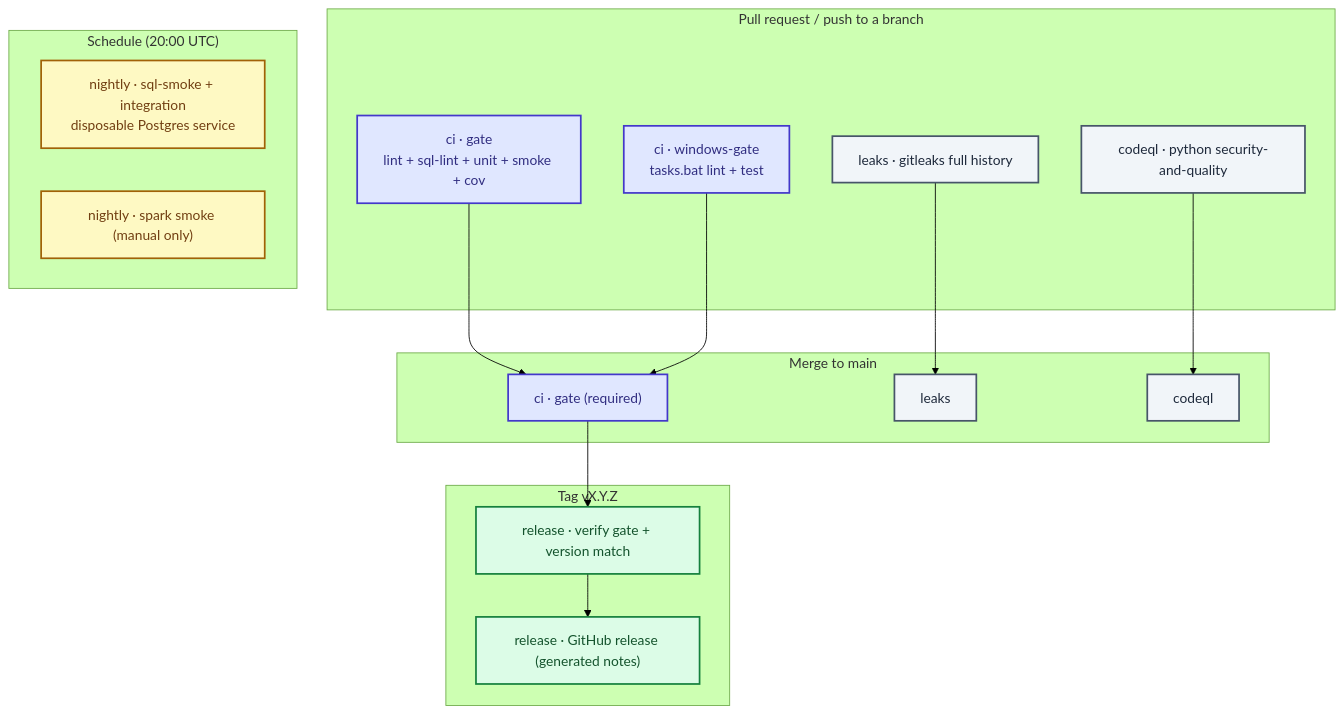
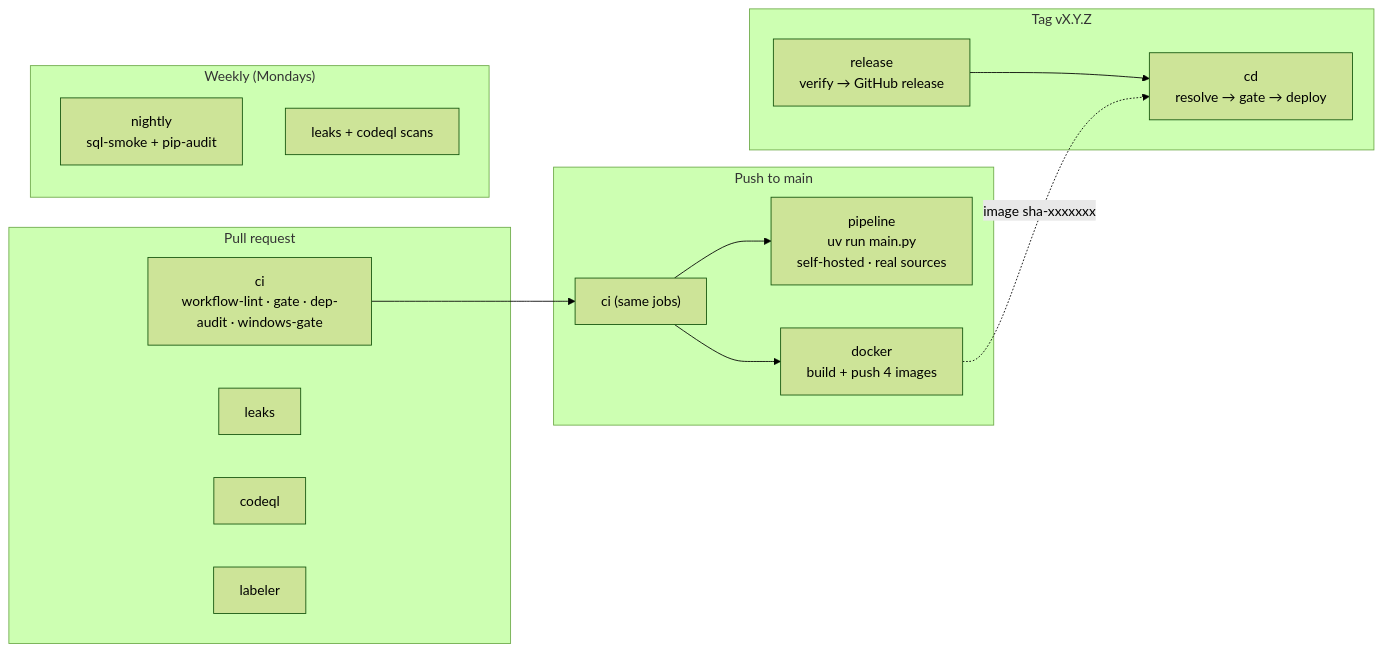
Before and after one commit to Nitinx12/Banking-Delta-Lakehouse: the diagram in docs/CI-CD.md, drawn with Mermaid (forest theme). The commit also changed other lines of this file and 1 other file, not shown here.

Commit message:
fix(ci): upload-artifact pin so pipeline job resolves

````diff
--- a/docs/CI-CD.md
+++ b/docs/CI-CD.md
@@ -9,37 +9,27 @@
 ```mermaid
-flowchart TB
-    subgraph PR["Pull request / push to a branch"]
-        C1["ci · gate<br/>lint + sql-lint + unit + smoke + cov"]
-        C2["ci · windows-gate<br/>tasks.bat lint + test"]
-        LK["leaks · gitleaks full history"]
-        CQ["codeql · python security-and-quality"]
+flowchart LR
+    subgraph PR["Pull request"]
+        A["ci<br/>workflow-lint · gate · dep-audit · windows-gate"]
+        B["leaks"]
+        C["codeql"]
+        D["labeler"]
     end
-    subgraph MERGE["Merge to main"]
-        M1["ci · gate (required)"]
-        M2["leaks"]
-        M3["codeql"]
-    end
-    subgraph NIGHT["Schedule (20:00 UTC)"]
-        N1["nightly · sql-smoke + integration<br/>disposable Postgres service"]
-        N2["nightly · spark smoke (manual only)"]
+    subgraph MAIN["Push to main"]
+        E["ci (same jobs)"]
+        F["pipeline<br/>uv run main.py<br/>self-hosted · real sources"]
+        G["docker<br/>build + push 4 images"]
     end
     subgraph TAG["Tag vX.Y.Z"]
-        R1["release · verify gate + version match"]
-        R2["release · GitHub release (generated notes)"]
+        H["release<br/>verify → GitHub release"]
+        I["cd<br/>resolve → gate → deploy"]
+    end
+    subgraph WEEK["Weekly (Mondays)"]
+        J["nightly<br/>sql-smoke + pip-audit"]
+        K["leaks + codeql scans"]
     end
 
-    C1 --> M1
-    C2 --> M1
-    LK --> M2
-    CQ --> M3
-    M1 --> R1 --> R2
-
-    classDef gate fill:#e0e7ff,stroke:#4338ca,color:#312e81,stroke-width:2px
-    classDef sec fill:#f1f5f9,stroke:#475569,color:#1e293b,stroke-width:2px
-    classDef night fill:#fef9c3,stroke:#a16207,color:#713f12,stroke-width:2px
-    classDef rel fill:#dcfce7,stroke:#15803d,color:#14532d,stroke-width:2px
-    class C1,C2,M1 gate
-    class LK,CQ,M2,M3 sec
-    class N1,N2 night
-    class R1,R2 rel
+    A --> E --> F
+    E --> G
+    H --> I
+    G -.->|image sha-xxxxxxx| I
 ```
````
